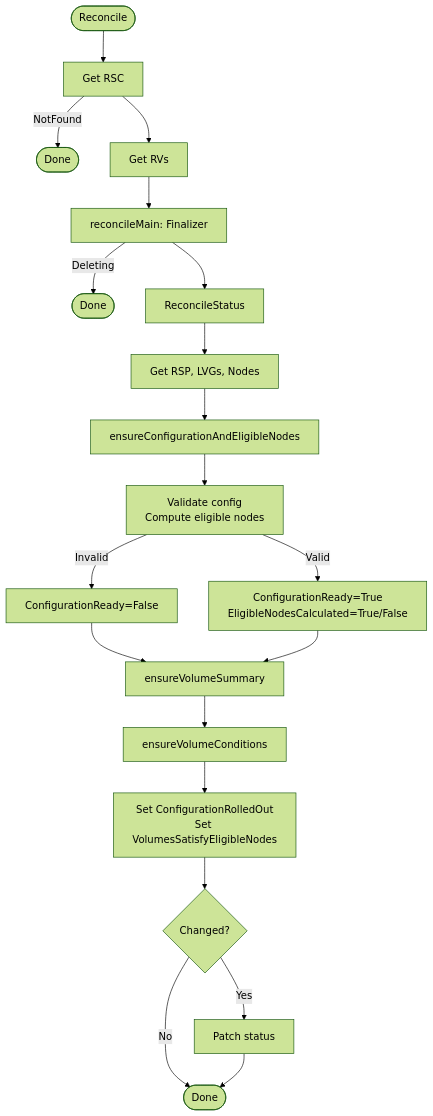
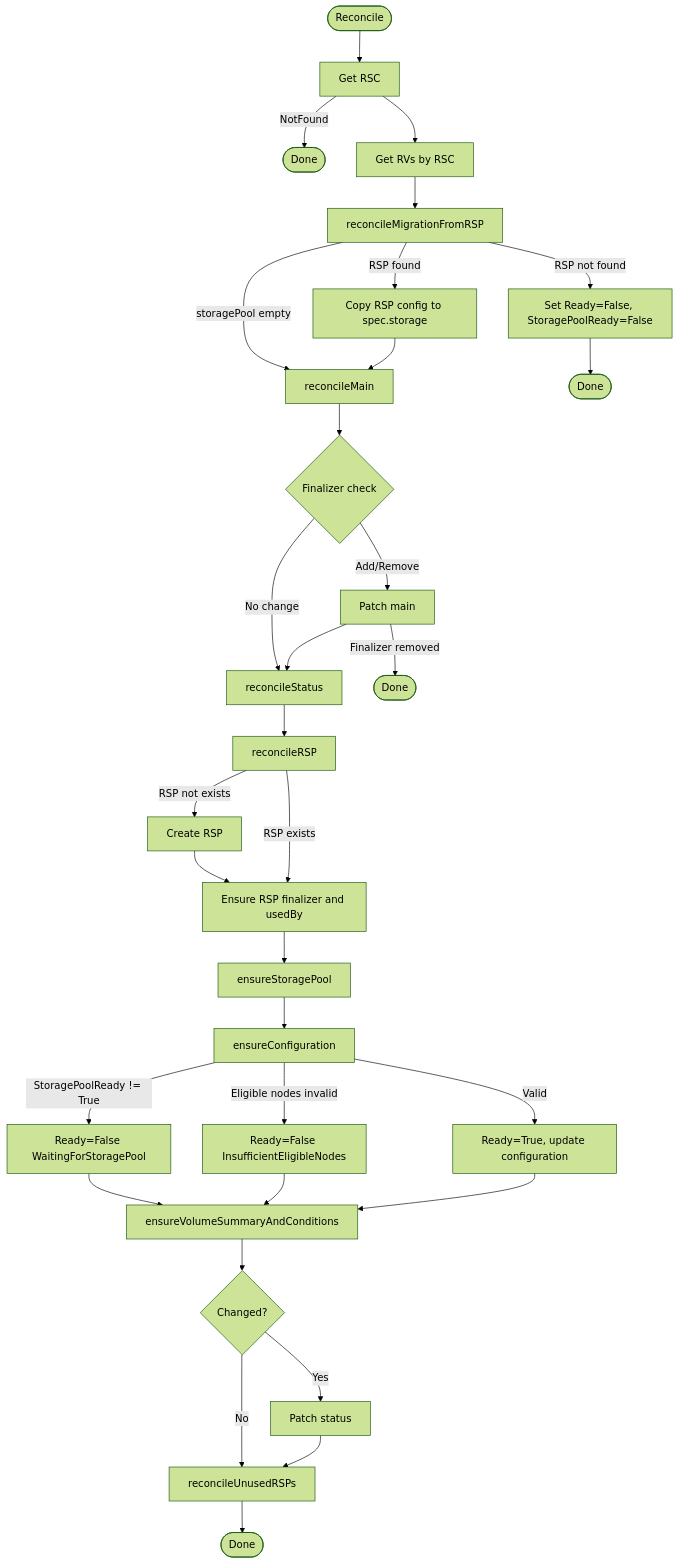
Before and after one commit to deckhouse/sds-replicated-volume: the first of 2 diagrams in images/controller/internal/controllers/rsc_controller/README.md, drawn with Mermaid (forest theme). The commit also changed other lines of this file and 41 other files, not shown here.

````diff
--- a/images/controller/internal/controllers/rsc_controller/README.md
+++ b/images/controller/internal/controllers/rsc_controller/README.md
@@ -28,29 +61,41 @@
 ```mermaid
 flowchart TD
     Start([Reconcile]) --> GetRSC[Get RSC]
     GetRSC -->|NotFound| Done1([Done])
-    GetRSC --> GetRVs[Get RVs]
+    GetRSC --> GetRVs[Get RVs by RSC]
 
-    GetRVs --> ReconcileMain[reconcileMain: Finalizer]
-    ReconcileMain -->|Deleting| Done2([Done])
-    ReconcileMain --> ReconcileStatus
+    GetRVs --> Migration[reconcileMigrationFromRSP]
+    Migration -->|storagePool empty| Main
+    Migration -->|RSP not found| SetMigrationFailed[Set Ready=False, StoragePoolReady=False]
+    SetMigrationFailed --> Done2([Done])
+    Migration -->|RSP found| MigrateStorage[Copy RSP config to spec.storage]
+    MigrateStorage --> Main
 
-    ReconcileStatus --> GetDeps[Get RSP, LVGs, Nodes]
-    GetDeps --> EnsureConfig[ensureConfigurationAndEligibleNodes]
+    Main[reconcileMain] --> CheckFinalizer{Finalizer check}
+    CheckFinalizer -->|Add/Remove| PatchMain[Patch main]
+    CheckFinalizer -->|No change| Status
+    PatchMain -->|Finalizer removed| Done3([Done])
+    PatchMain --> Status
 
-    EnsureConfig --> ValidateAndCompute[Validate config<br>Compute eligible nodes]
-    ValidateAndCompute -->|Invalid| SetConfigFailed[ConfigurationReady=False]
-    ValidateAndCompute -->|Valid| SetConfigOk[ConfigurationReady=True<br>EligibleNodesCalculated=True/False]
+    Status[reconcileStatus] --> ReconcileRSP[reconcileRSP]
+    ReconcileRSP -->|RSP not exists| CreateRSP[Create RSP]
+    CreateRSP --> EnsureRSPMain[Ensure RSP finalizer and usedBy]
+    ReconcileRSP -->|RSP exists| EnsureRSPMain
 
-    SetConfigFailed --> EnsureCounters
-    SetConfigOk --> EnsureCounters
+    EnsureRSPMain --> EnsureStoragePool[ensureStoragePool]
+    EnsureStoragePool --> EnsureConfig[ensureConfiguration]
 
-    EnsureCounters[ensureVolumeSummary] --> EnsureVolConds[ensureVolumeConditions]
+    EnsureConfig -->|StoragePoolReady != True| SetWaiting[Ready=False WaitingForStoragePool]
+    EnsureConfig -->|Eligible nodes invalid| SetInvalid[Ready=False InsufficientEligibleNodes]
+    EnsureConfig -->|Valid| SetReady[Ready=True, update configuration]
+    SetWaiting --> EnsureVolumes
+    SetInvalid --> EnsureVolumes
+    SetReady --> EnsureVolumes
 
-    EnsureVolConds --> SetAlignmentConds[Set ConfigurationRolledOut<br>Set VolumesSatisfyEligibleNodes]
+    EnsureVolumes[ensureVolumeSummaryAndConditions] --> Changed{Changed?}
+    Changed -->|Yes| PatchStatus[Patch status]
+    Changed -->|No| ReleaseRSPs
+    PatchStatus --> ReleaseRSPs
 
-    SetAlignmentConds --> Changed{Changed?}
-    Changed -->|Yes| PatchStatus[Patch status]
-    Changed -->|No| EndNode([Done])
-    PatchStatus --> EndNode
+    ReleaseRSPs[reconcileUnusedRSPs] --> EndNode([Done])
 ```
````
